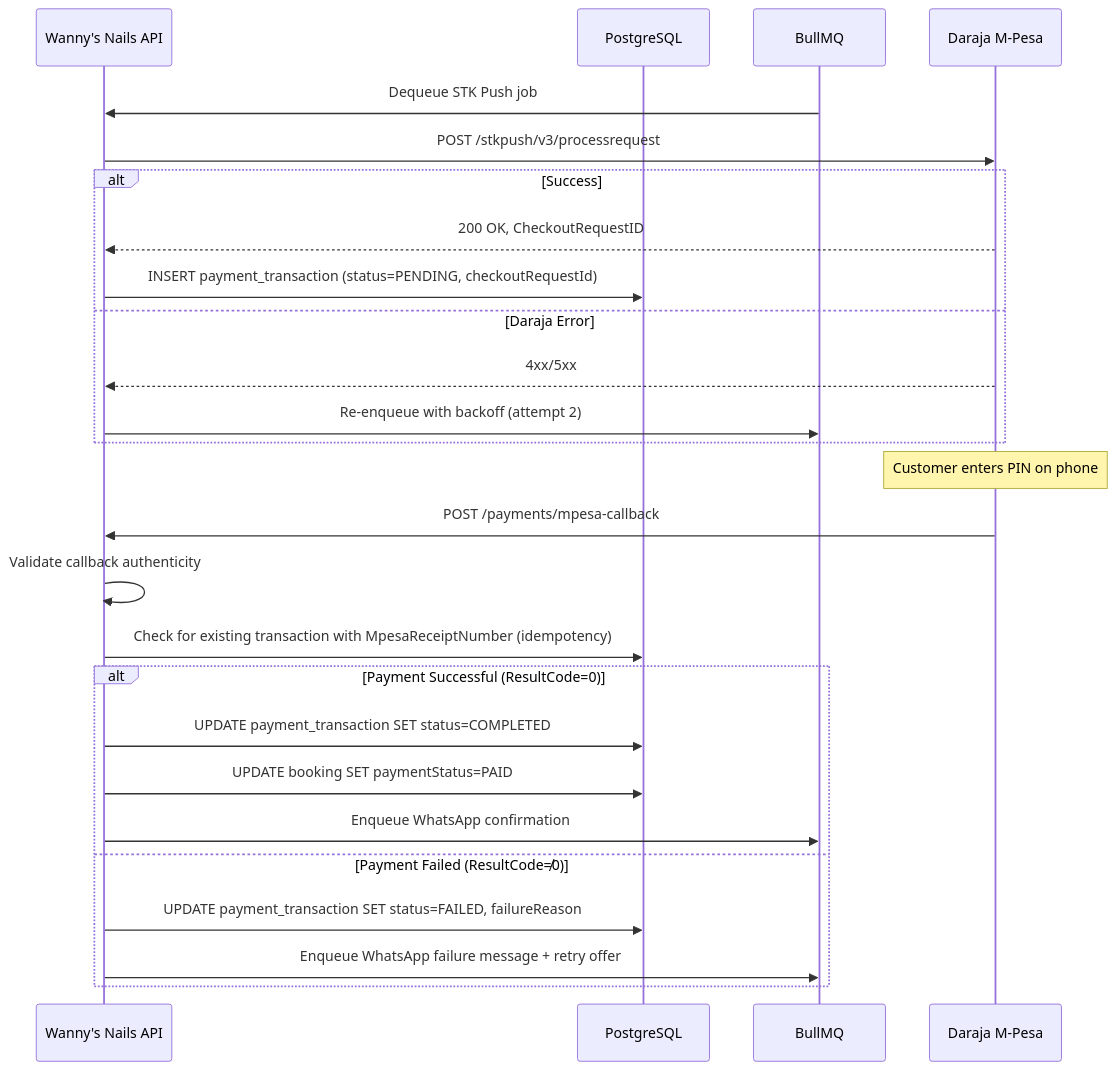
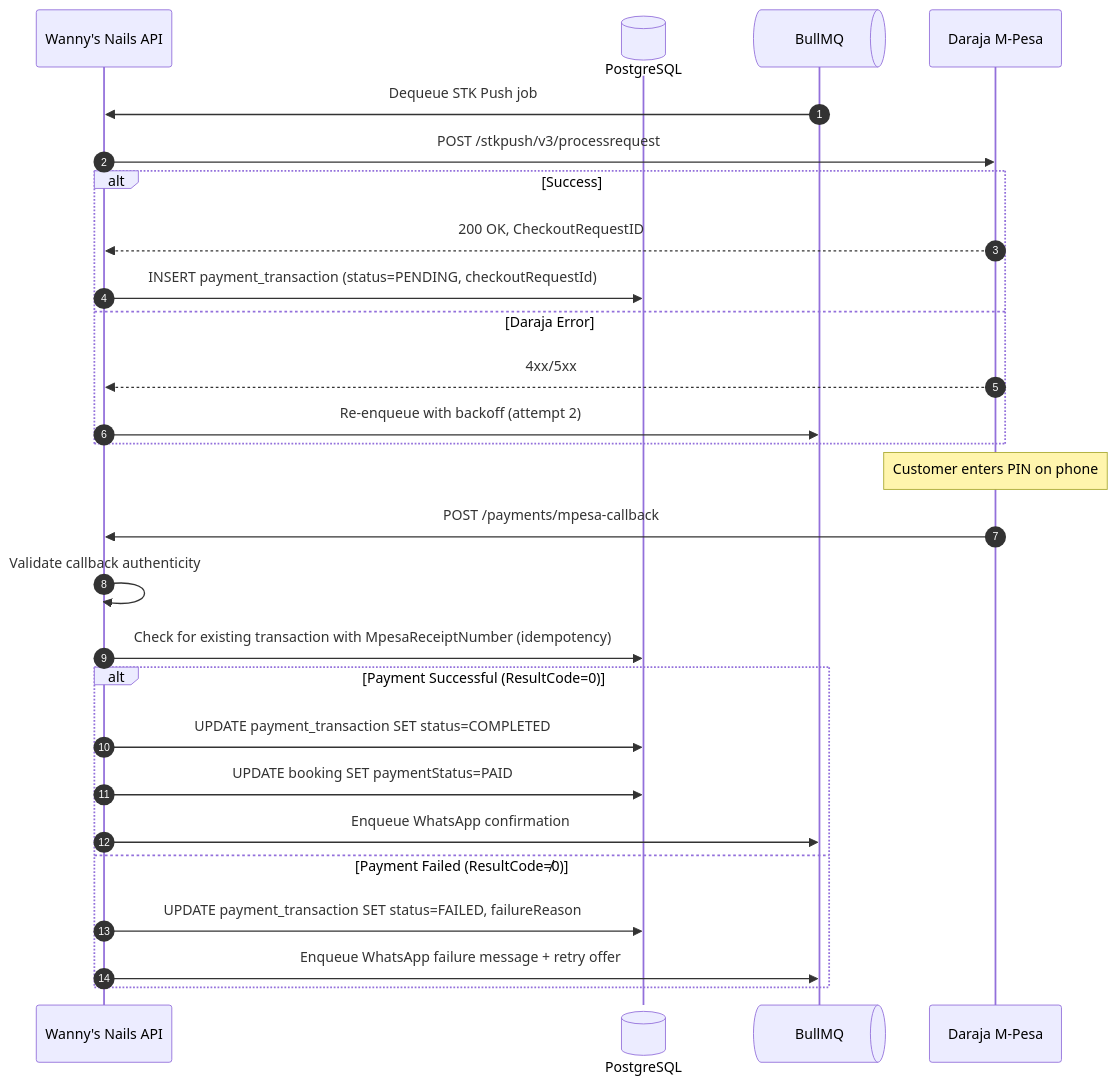
Before and after one commit to eva003n/wanny-s-nails: the sixth of 7 diagrams in docs/ARCHITECTURE.md, drawn with Mermaid. The commit also changed other lines of this file and 2 other files, not shown here.

Commit message:
update docs md files

````diff
--- a/docs/ARCHITECTURE.md
+++ b/docs/ARCHITECTURE.md
@@ -224,32 +224,33 @@
 ```mermaid
 sequenceDiagram
+    autonumber
     participant API as Wanny's Nails API
-    participant DB as PostgreSQL
-    participant Queue as BullMQ
+    participant DB@{"type": "database"} as PostgreSQL
+    participant Queue@{"type": "queue" } as BullMQ
     participant Daraja as Daraja M-Pesa
 
     Queue->>API: Dequeue STK Push job
     API->>Daraja: POST /stkpush/v3/processrequest
     alt Success
         Daraja-->>API: 200 OK, CheckoutRequestID
         API->>DB: INSERT payment_transaction (status=PENDING, checkoutRequestId)
     else Daraja Error
         Daraja-->>API: 4xx/5xx
         API->>Queue: Re-enqueue with backoff (attempt 2)
     end
 
     Note over Daraja: Customer enters PIN on phone
 
     Daraja->>API: POST /payments/mpesa-callback
     API->>API: Validate callback authenticity
     API->>DB: Check for existing transaction with MpesaReceiptNumber (idempotency)
 
     alt Payment Successful (ResultCode=0)
         API->>DB: UPDATE payment_transaction SET status=COMPLETED
         API->>DB: UPDATE booking SET paymentStatus=PAID
         API->>Queue: Enqueue WhatsApp confirmation
     else Payment Failed (ResultCode≠0)
         API->>DB: UPDATE payment_transaction SET status=FAILED, failureReason
         API->>Queue: Enqueue WhatsApp failure message + retry offer
     end
 ```
````
